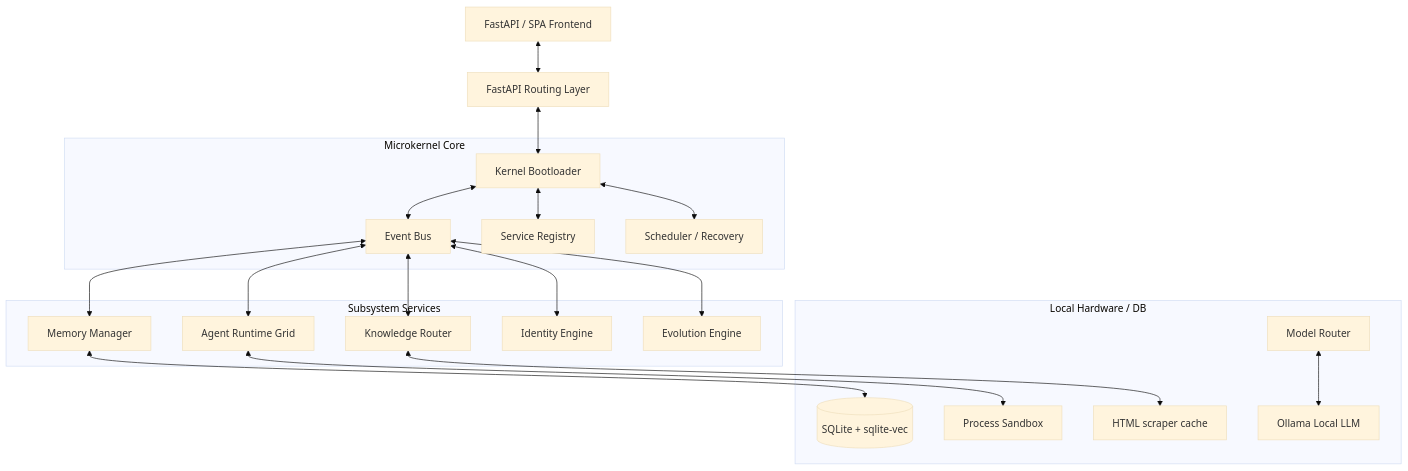
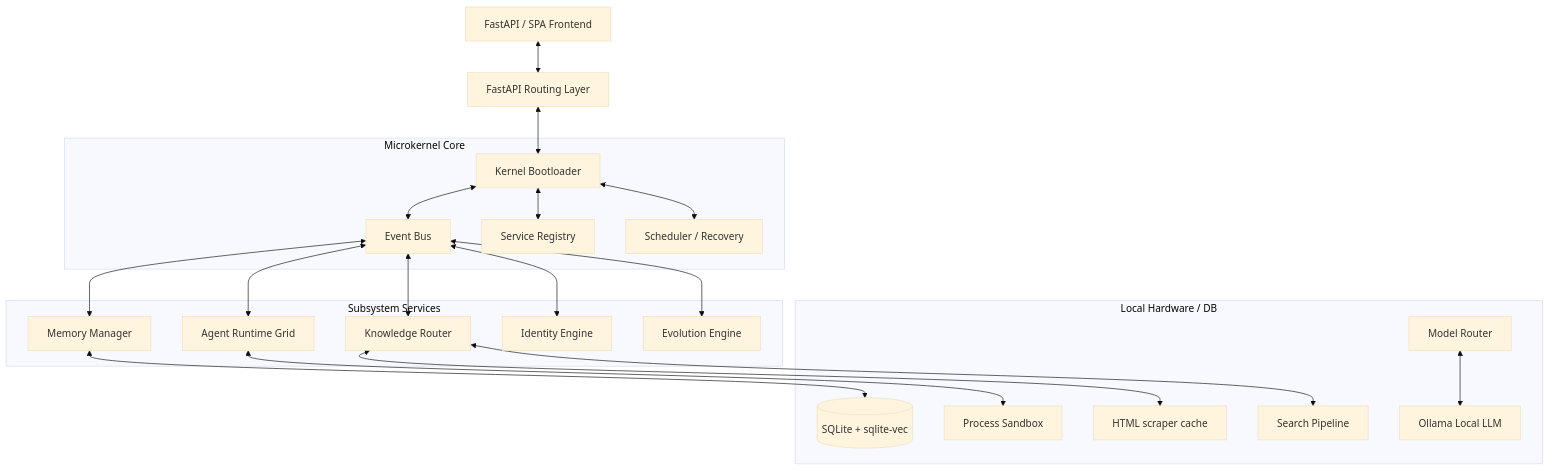
Before and after one commit to dhanush708/ALOY-Core: the diagram in docs/architecture.md, drawn with Mermaid (base theme). The commit also changed other lines of this file and 67 other files, not shown here.

````diff
--- a/docs/architecture.md
+++ b/docs/architecture.md
@@ -9,26 +9,27 @@
 ```mermaid
 graph TD
     UI[FastAPI / SPA Frontend] <--> API[FastAPI Routing Layer]
     API <--> Kernel[Kernel Bootloader]
     
     subgraph Microkernel Core
         Kernel <--> EB[Event Bus]
         Kernel <--> SR[Service Registry]
         Kernel <--> SCH[Scheduler / Recovery]
     end
     
     subgraph Subsystem Services
         EB <--> MM[Memory Manager]
         EB <--> AR[Agent Runtime Grid]
         EB <--> KR[Knowledge Router]
         EB <--> ID[Identity Engine]
         EB <--> EV[Evolution Engine]
     end
     
     subgraph Local Hardware / DB
         MM <--> DB[(SQLite + sqlite-vec)]
         AR <--> Sandbox[Process Sandbox]
         KR <--> Scraper[HTML scraper cache]
+        KR <--> SP[Search Pipeline]
         Models[Model Router] <--> Ollama[Ollama Local LLM]
     end
 ```
````
